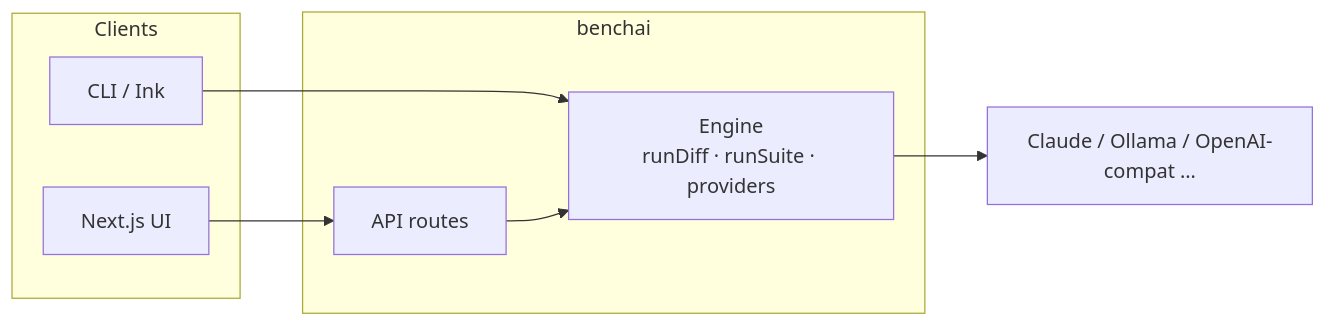
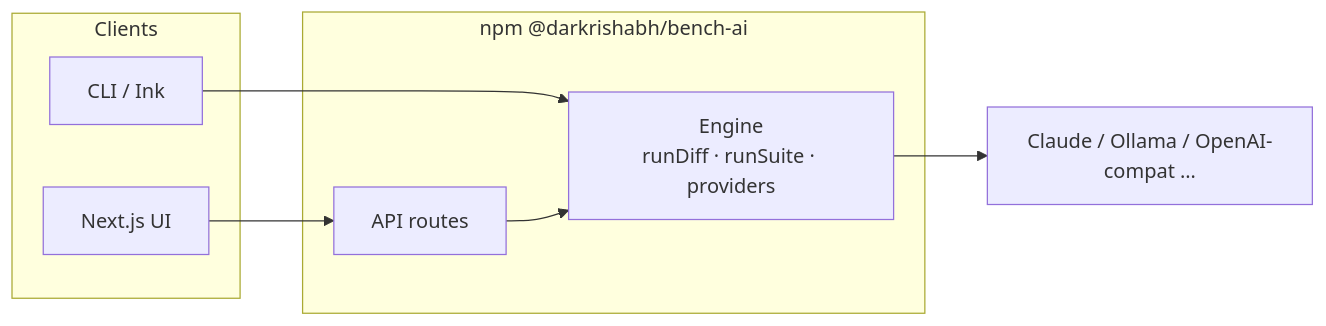
The diagram in README.md (darkrishabh/llm-diff), drawn with Mermaid before and after one commit. The commit also changed other lines of this file and 24 other files, not shown here.

````diff
--- a/README.md
+++ b/README.md
@@ -276,17 +278,17 @@
 ```mermaid
 flowchart LR
   subgraph clients [Clients]
     CLI[CLI / Ink]
     WEB[Next.js UI]
   end
 
-  subgraph pkg [benchai]
+  subgraph pkg [npm @darkrishabh/bench-ai]
     ENG["Engine\nrunDiff · runSuite · providers"]
     API[API routes]
   end
 
   CLI --> ENG
   WEB --> API
   API --> ENG
   ENG --> P1[Claude / Ollama / OpenAI-compat …]
 ```
````
